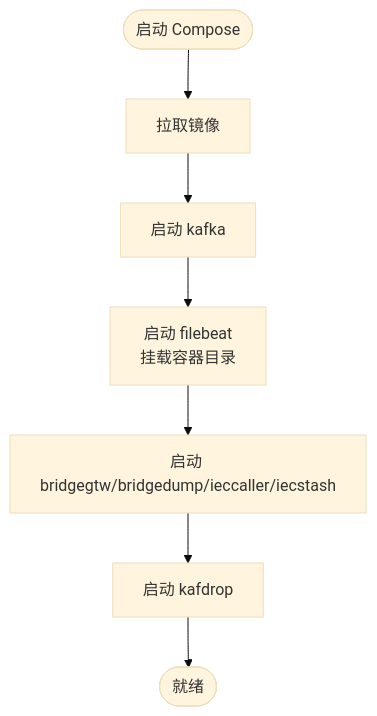
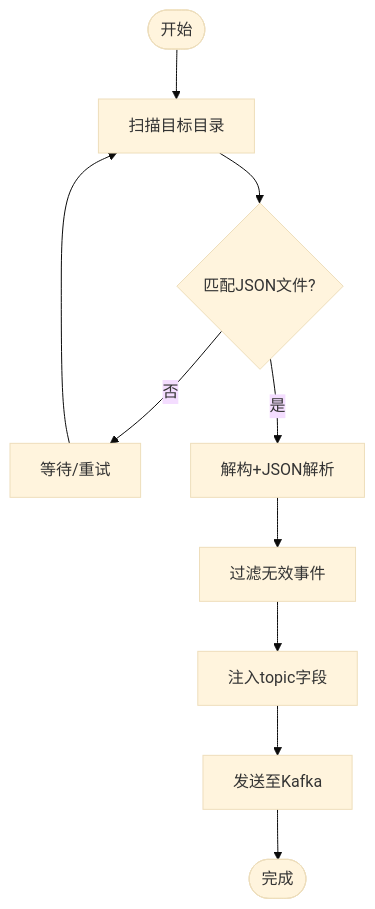
The third of 6 diagrams in .qoder/repowiki/zh/content/部署与运维/部署与运维.md (maomao94/zero-service), drawn with Mermaid (base theme) before and after one commit. The commit also changed other lines of this file and 362 other files, not shown here.

````diff
--- a/.qoder/repowiki/zh/content/部署与运维/部署与运维.md
+++ b/.qoder/repowiki/zh/content/部署与运维/部署与运维.md
@@ -132,9 +183,12 @@
 ```mermaid
 flowchart TD
-Start(["启动 Compose"]) --> Pull["拉取镜像"]
-Pull --> UpK["启动 kafka"]
-UpK --> UpFB["启动 filebeat<br/>挂载容器目录"]
-UpFB --> UpOthers["启动 bridgegtw/bridgedump/ieccaller/iecstash"]
-UpOthers --> UpUI["启动 kafdrop"]
-UpUI --> Done(["就绪"])
+Start(["开始"]) --> Scan["扫描目标目录"]
+Scan --> Match{"匹配JSON文件?"}
+Match --> |否| Wait["等待/重试"]
+Match --> |是| Parse["解构+JSON解析"]
+Parse --> Filter["过滤无效事件"]
+Filter --> Topic["注入topic字段"]
+Topic --> Send["发送至Kafka"]
+Send --> Done(["完成"])
+Wait --> Scan
 ```
````
